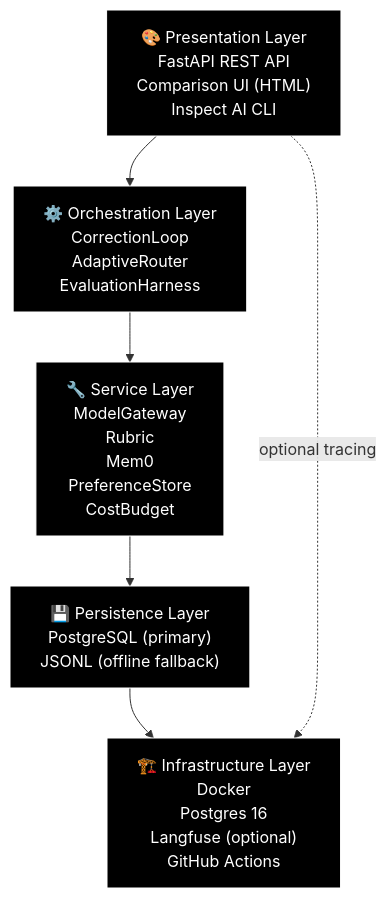
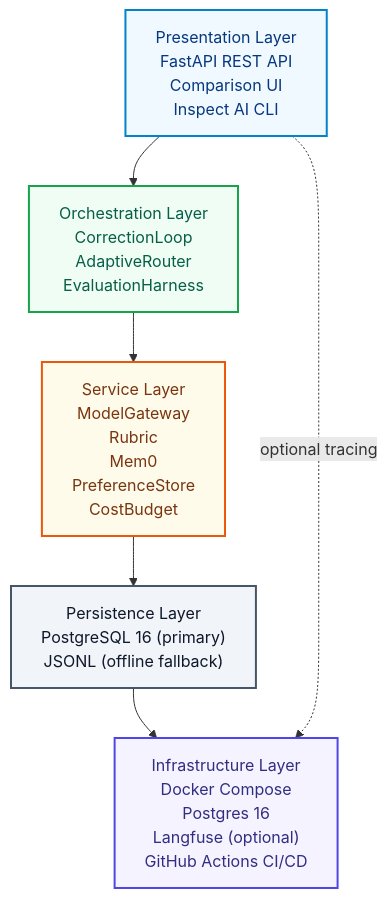
One commit to Hasan26ozcan/Script-Supervisor changed the first of 16 diagrams in docs/TECHNICAL_DIAGRAMS.md. Above: the diagram before and after it, drawn with Mermaid. The commit also changed 2 other files, not shown here.

Commit message:
update graphic

````diff
--- a/docs/TECHNICAL_DIAGRAMS.md
+++ b/docs/TECHNICAL_DIAGRAMS.md
@@ -16,16 +16,25 @@
 ```mermaid
 graph TD
-    P["🎨 Presentation Layer<br/>FastAPI REST API<br/>Comparison UI (HTML)<br/>Inspect AI CLI"]
-    O["⚙️ Orchestration Layer<br/>CorrectionLoop<br/>AdaptiveRouter<br/>EvaluationHarness"]
-    S["🔧 Service Layer<br/>ModelGateway<br/>Rubric<br/>Mem0<br/>PreferenceStore<br/>CostBudget"]
-    D["💾 Persistence Layer<br/>PostgreSQL (primary)<br/>JSONL (offline fallback)"]
-    I["🏗️ Infrastructure Layer<br/>Docker<br/>Postgres 16<br/>Langfuse (optional)<br/>GitHub Actions"]
+    P["Presentation Layer<br/>FastAPI REST API<br/>Comparison UI<br/>Inspect AI CLI"]
+    O["Orchestration Layer<br/>CorrectionLoop<br/>AdaptiveRouter<br/>EvaluationHarness"]
+    S["Service Layer<br/>ModelGateway<br/>Rubric<br/>Mem0<br/>PreferenceStore<br/>CostBudget"]
+    D["Persistence Layer<br/>PostgreSQL 16 (primary)<br/>JSONL (offline fallback)"]
+    I["Infrastructure Layer<br/>Docker Compose<br/>Postgres 16<br/>Langfuse (optional)<br/>GitHub Actions CI/CD"]
 
     P --> O
     O --> S
     S --> D
     D --> I
     P -.->|optional tracing| I
 
-    classDef default fill:#000000,stroke:#ffffff,stroke-width:1px,color:#ffffff
+    classDef presentation fill:#f0f9ff,stroke:#0284c7,stroke-width:2px,color:#07377e
+    classDef orchestration fill:#f0fdf4,stroke:#16a34a,stroke-width:2px,color:#065f46
+    classDef service fill:#fffbeb,stroke:#ea580c,stroke-width:2px,color:#78350f
+    classDef persistence fill:#f1f5f9,stroke:#475569,stroke-width:2px,color:#0f172a
+    classDef infrastructure fill:#f5f3ff,stroke:#4f46e5,stroke-width:2px,color:#312e81
+    class P presentation
+    class O orchestration
+    class S service
+    class D persistence
+    class I infrastructure
 ```
````
